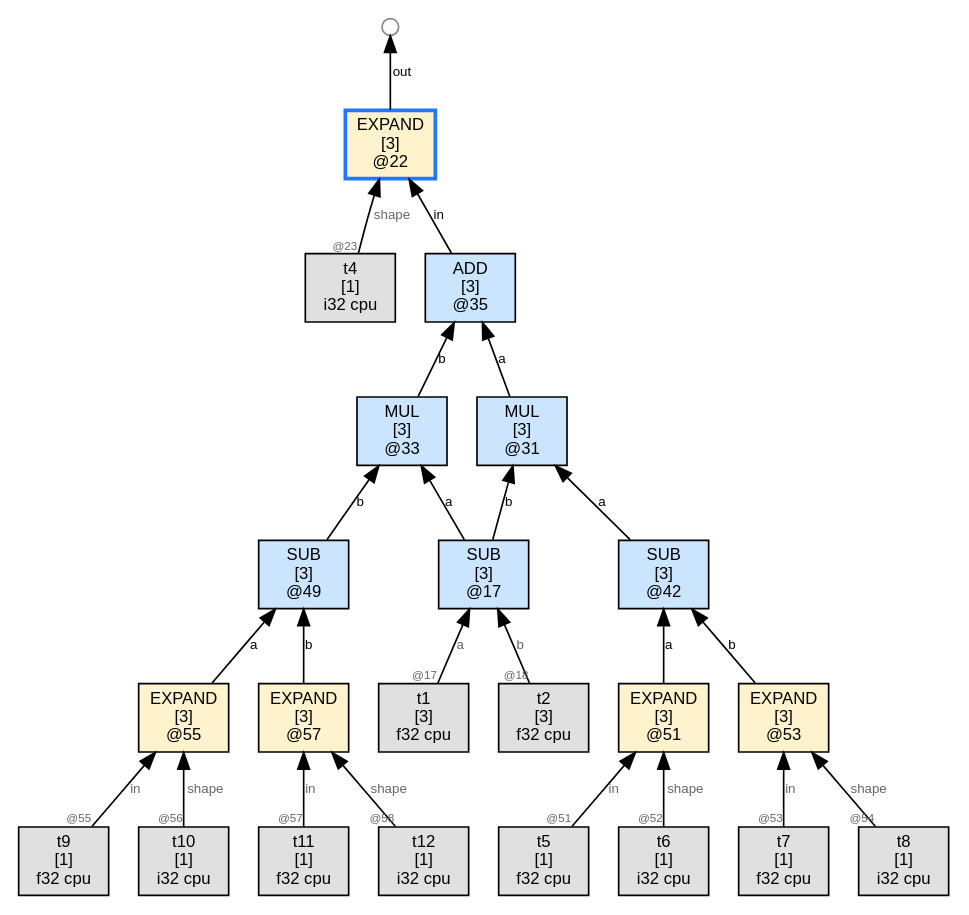
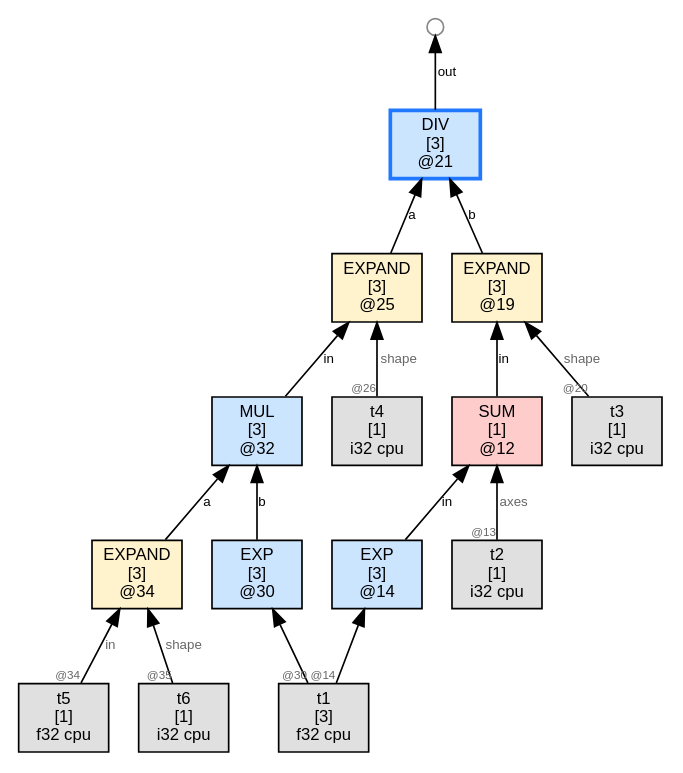
One commit to sw1sh/TinyHVM changed the diagram in wl/examples/thvm_graphs/grad_rules/gradu_poly/thvm_1_post_reduce.dot. Above: the diagram before and after it, drawn with Graphviz. The commit also changed 4 other files, not shown here.

First line of the commit message:
grad: add e2e softmax numerical (d log(sum(exp(x)))/dx = softmax(x))

```diff
--- a/wl/examples/thvm_graphs/grad_rules/gradu_poly/thvm_1_post_reduce.dot
+++ b/wl/examples/thvm_graphs/grad_rules/gradu_poly/thvm_1_post_reduce.dot
@@ -1,52 +1,36 @@
 digraph G {
   rankdir=BT;
   node [fontname="Helvetica", fontsize=10, style=filled, shape=box, margin="0.1,0.05"];
   edge [fontsize=8, fontname="Helvetica"];
 
-  n17 [label="SUB\n[3]\n@17", shape=box, fillcolor="#cce5ff"];
+  n12 [label="SUM\n[1]\n@12", shape=box, fillcolor="#ffcccc"];
+  n14 -> n12 [label="in"];
+  t2 [label="t2\n[1]\ni32 cpu",shape=box,fillcolor="#e0e0e0"];
+  t2 -> n12 [label="axes",taillabel="@13",labelfontsize=7,fontcolor="#666666"];
+  n14 [label="EXP\n[3]\n@14", shape=box, fillcolor="#cce5ff"];
   t1 [label="t1\n[3]\nf32 cpu",shape=box,fillcolor="#e0e0e0"];
-  t1 -> n17 [label="a",taillabel="@17",labelfontsize=7,fontcolor="#666666"];
-  t2 [label="t2\n[3]\nf32 cpu",shape=box,fillcolor="#e0e0e0"];
-  t2 -> n17 [label="b",taillabel="@18",labelfontsize=7,fontcolor="#666666"];
-  n22 [label="EXPAND\n[3]\n@22", shape=box, fillcolor="#fff3cd",color="#1f78ff",penwidth=2.2];
-  n35 -> n22 [label="in"];
+  t1 -> n14 [label="",taillabel="@14",labelfontsize=7,fontcolor="#666666"];
+  n21 [label="DIV\n[3]\n@21", shape=box, fillcolor="#cce5ff",color="#1f78ff",penwidth=2.2];
+  n25 -> n21 [label="a"];
+  n19 -> n21 [label="b"];
+  free21_1000 [label="",shape=circle,width=0.14,height=0.14,fixedsize=true,fillcolor="#ffffff",color="#888888",fontsize=1];
+  n21 -> free21_1000 [label="out"];
+  n25 [label="EXPAND\n[3]\n@25", shape=box, fillcolor="#fff3cd"];
+  n32 -> n25 [label="in"];
   t4 [label="t4\n[1]\ni32 cpu",shape=box,fillcolor="#e0e0e0"];
-  t4 -> n22 [label="shape",taillabel="@23",labelfontsize=7,fontcolor="#666666"];
-  free22_1000 [label="",shape=circle,width=0.14,height=0.14,fixedsize=true,fillcolor="#ffffff",color="#888888",fontsize=1];
-  n22 -> free22_1000 [label="out"];
-  n35 [label="ADD\n[3]\n@35", shape=box, fillcolor="#cce5ff"];
-  n31 -> n35 [label="a"];
-  n33 -> n35 [label="b"];
-  n42 [label="SUB\n[3]\n@42", shape=box, fillcolor="#cce5ff"];
-  n51 -> n42 [label="a"];
-  n53 -> n42 [label="b"];
-  n49 [label="SUB\n[3]\n@49", shape=box, fillcolor="#cce5ff"];
-  n55 -> n49 [label="a"];
-  n57 -> n49 [label="b"];
-  n31 [label="MUL\n[3]\n@31", shape=box, fillcolor="#cce5ff"];
-  n42 -> n31 [label="a"];
-  n17 -> n31 [label="b"];
-  n33 [label="MUL\n[3]\n@33", shape=box, fillcolor="#cce5ff"];
-  n17 -> n33 [label="a"];
-  n49 -> n33 [label="b"];
-  n51 [label="EXPAND\n[3]\n@51", shape=box, fillcolor="#fff3cd"];
+  t4 -> n25 [label="shape",taillabel="@26",labelfontsize=7,fontcolor="#666666"];
+  n19 [label="EXPAND\n[3]\n@19", shape=box, fillcolor="#fff3cd"];
+  n12 -> n19 [label="in"];
+  t3 [label="t3\n[1]\ni32 cpu",shape=box,fillcolor="#e0e0e0"];
+  t3 -> n19 [label="shape",taillabel="@20",labelfontsize=7,fontcolor="#666666"];
+  n32 [label="MUL\n[3]\n@32", shape=box, fillcolor="#cce5ff"];
+  n34 -> n32 [label="a"];
+  n30 -> n32 [label="b"];
+  n34 [label="EXPAND\n[3]\n@34", shape=box, fillcolor="#fff3cd"];
   t5 [label="t5\n[1]\nf32 cpu",shape=box,fillcolor="#e0e0e0"];
-  t5 -> n51 [label="in",taillabel="@51",labelfontsize=7,fontcolor="#666666"];
+  t5 -> n34 [label="in",taillabel="@34",labelfontsize=7,fontcolor="#666666"];
   t6 [label="t6\n[1]\ni32 cpu",shape=box,fillcolor="#e0e0e0"];
-  t6 -> n51 [label="shape",taillabel="@52",labelfontsize=7,fontcolor="#666666"];
-  n53 [label="EXPAND\n[3]\n@53", shape=box, fillcolor="#fff3cd"];
-  t7 [label="t7\n[1]\nf32 cpu",shape=box,fillcolor="#e0e0e0"];
-  t7 -> n53 [label="in",taillabel="@53",labelfontsize=7,fontcolor="#666666"];
-  t8 [label="t8\n[1]\ni32 cpu",shape=box,fillcolor="#e0e0e0"];
-  t8 -> n53 [label="shape",taillabel="@54",labelfontsize=7,fontcolor="#666666"];
-  n55 [label="EXPAND\n[3]\n@55", shape=box, fillcolor="#fff3cd"];
-  t9 [label="t9\n[1]\nf32 cpu",shape=box,fillcolor="#e0e0e0"];
-  t9 -> n55 [label="in",taillabel="@55",labelfontsize=7,fontcolor="#666666"];
-  t10 [label="t10\n[1]\ni32 cpu",shape=box,fillcolor="#e0e0e0"];
-  t10 -> n55 [label="shape",taillabel="@56",labelfontsize=7,fontcolor="#666666"];
-  n57 [label="EXPAND\n[3]\n@57", shape=box, fillcolor="#fff3cd"];
-  t11 [label="t11\n[1]\nf32 cpu",shape=box,fillcolor="#e0e0e0"];
-  t11 -> n57 [label="in",taillabel="@57",labelfontsize=7,fontcolor="#666666"];
-  t12 [label="t12\n[1]\ni32 cpu",shape=box,fillcolor="#e0e0e0"];
-  t12 -> n57 [label="shape",taillabel="@58",labelfontsize=7,fontcolor="#666666"];
+  t6 -> n34 [label="shape",taillabel="@35",labelfontsize=7,fontcolor="#666666"];
+  n30 [label="EXP\n[3]\n@30", shape=box, fillcolor="#cce5ff"];
+  t1 -> n30 [label="",taillabel="@30",labelfontsize=7,fontcolor="#666666"];
 }
```
